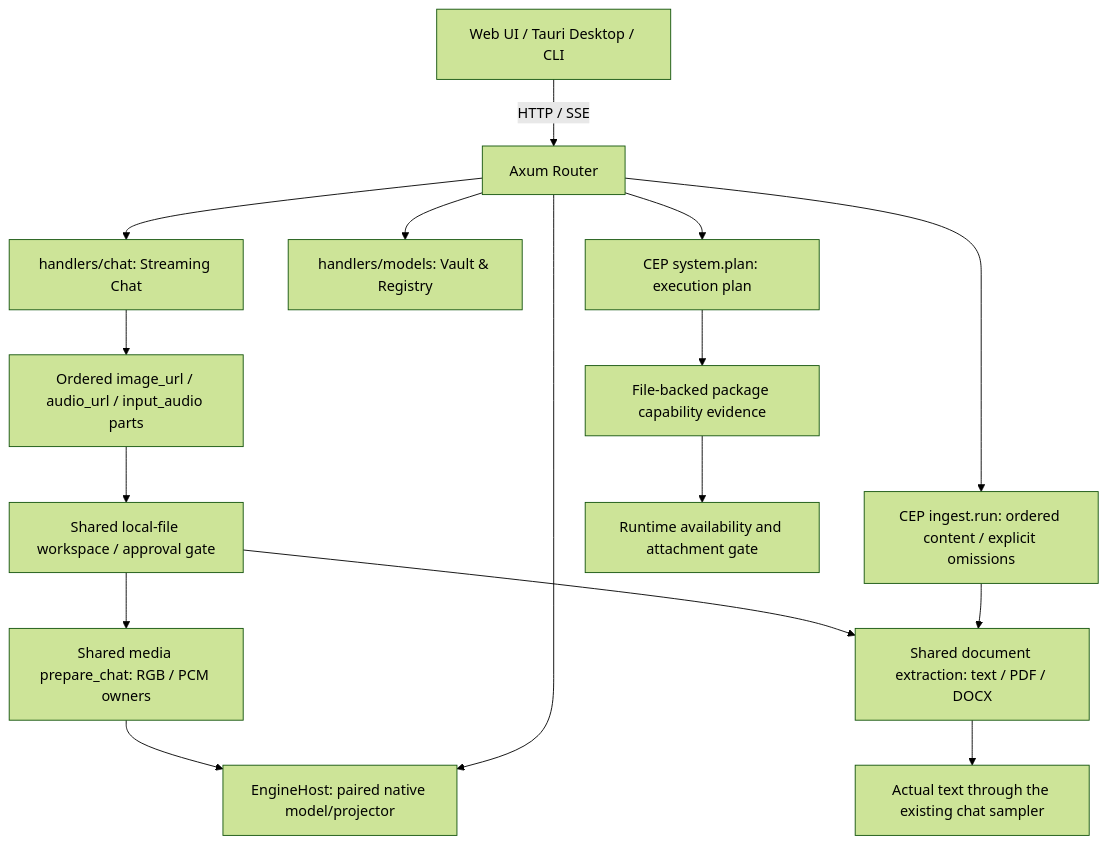
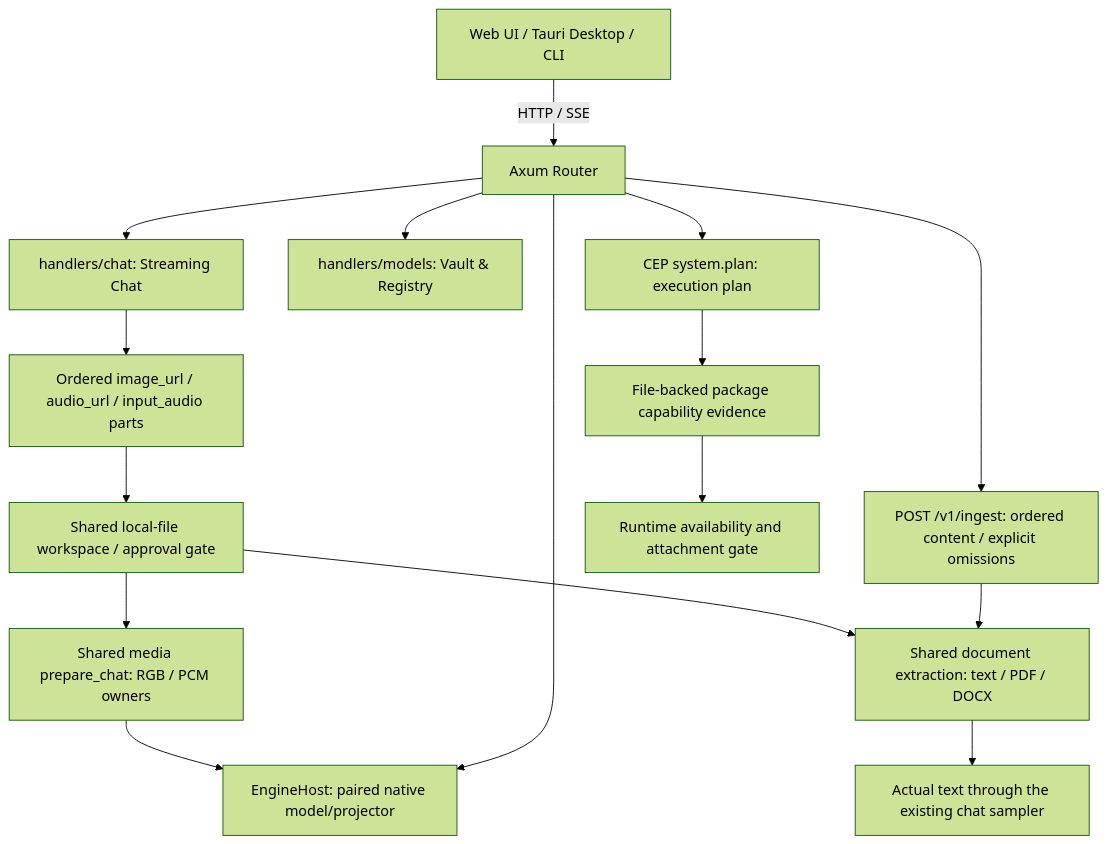
Before and after one commit to cluaiz/cluaiz: the second of 4 diagrams in api/README.md, drawn with Mermaid (forest theme). The commit also changed other lines of this file and 41 other files, not shown here.

````diff
--- a/api/README.md
+++ b/api/README.md
@@ -252,18 +252,18 @@
 ```mermaid
 graph TD
     Client["Web UI / Tauri Desktop / CLI"] -->|HTTP / SSE| Router["Axum Router"]
     Router --> Chat["handlers/chat: Streaming Chat"]
     Chat --> Parts["Ordered image_url / audio_url / input_audio parts"]
     Parts --> Policy["Shared local-file workspace / approval gate"]
     Policy --> Decode["Shared media prepare_chat: RGB / PCM owners"]
     Decode --> Runtime["EngineHost: paired native model/projector"]
     Policy --> Documents["Shared document extraction: text / PDF / DOCX"]
     Documents --> Text["Actual text through the existing chat sampler"]
-    Router --> Ingest["CEP ingest.run: ordered content / explicit omissions"]
+    Router --> Ingest["POST /v1/ingest: ordered content / explicit omissions"]
     Ingest --> Documents
     Router --> Models["handlers/models: Vault & Registry"]
     Router --> System["CEP system.plan: execution plan"]
     Router --> Runtime
     System --> P["File-backed package capability evidence"]
     P --> Q["Runtime availability and attachment gate"]
 ```
````
